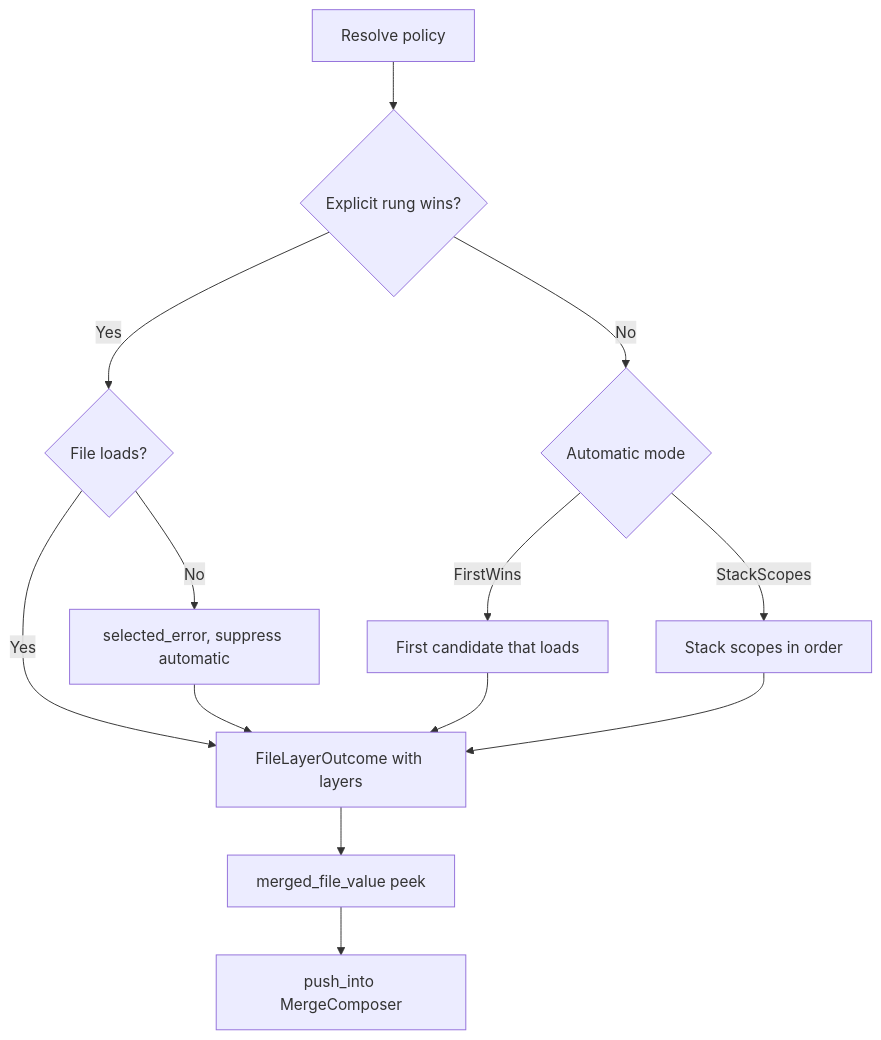
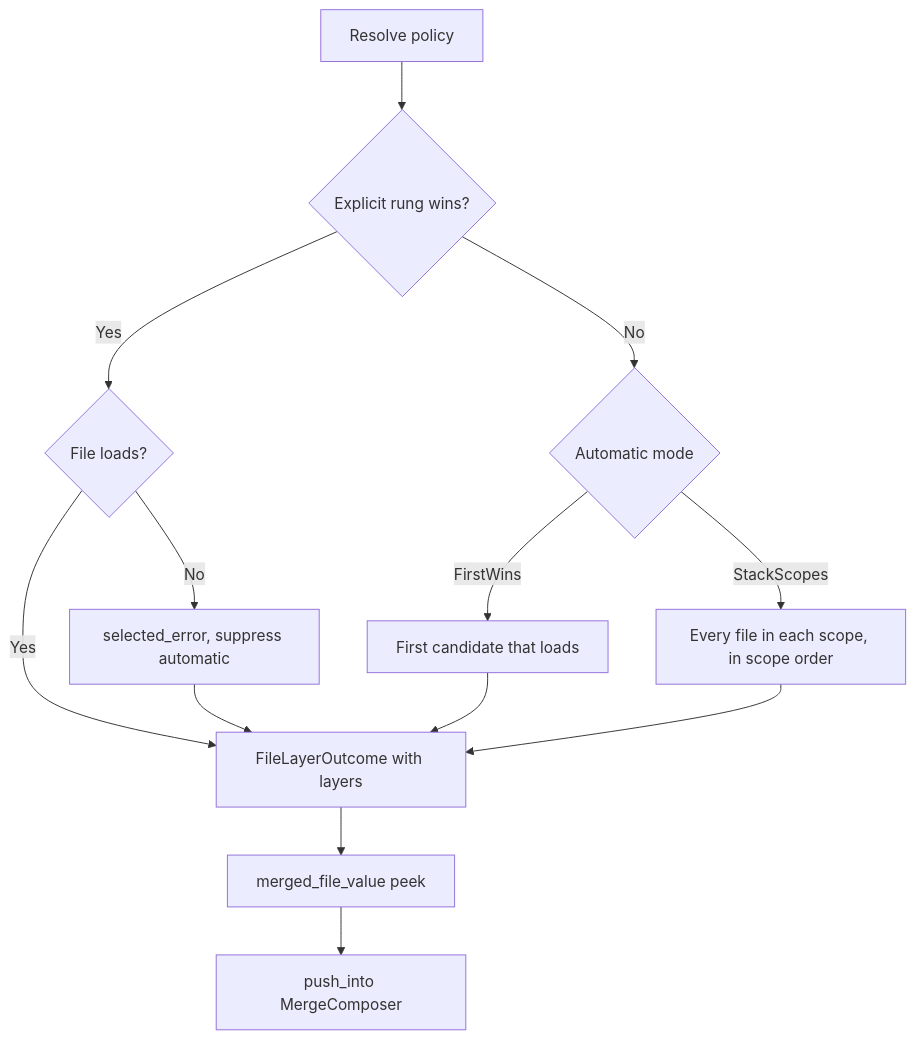
One commit to leynos/ortho-config changed the diagram in docs/rfcs/0002-config-layer-resolution-policy.md. Above: the diagram before and after it, drawn with Mermaid. The commit also changed other lines of this file and 63 other files, not shown here.

````diff
--- a/docs/rfcs/0002-config-layer-resolution-policy.md
+++ b/docs/rfcs/0002-config-layer-resolution-policy.md
@@ -631,15 +652,15 @@
 ```mermaid
 flowchart TD
     A[Resolve policy] --> B{Explicit rung wins?}
     B -- Yes --> C{File loads?}
     C -- Yes --> H[FileLayerOutcome with layers]
     C -- No --> D[selected_error, suppress automatic]
     D --> H
     B -- No --> E{Automatic mode}
     E -- FirstWins --> F[First candidate that loads]
-    E -- StackScopes --> G[Stack scopes in order]
+    E -- StackScopes --> G[Every file in each scope, in scope order]
     F --> H
     G --> H
     H --> I[merged_file_value peek]
     I --> J[push_into MergeComposer]
 ```
````
